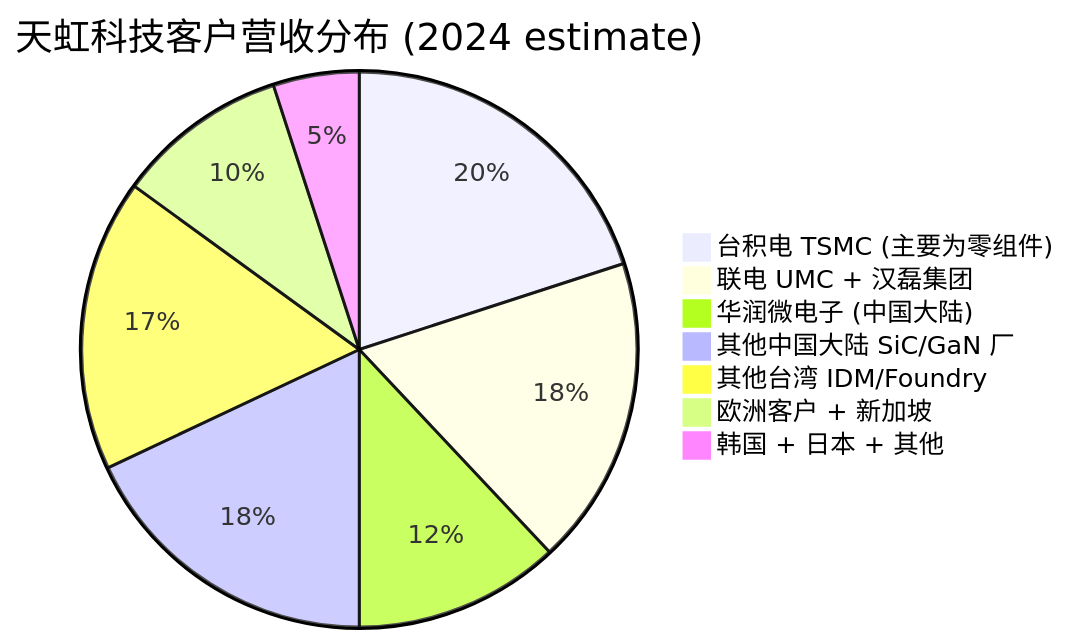
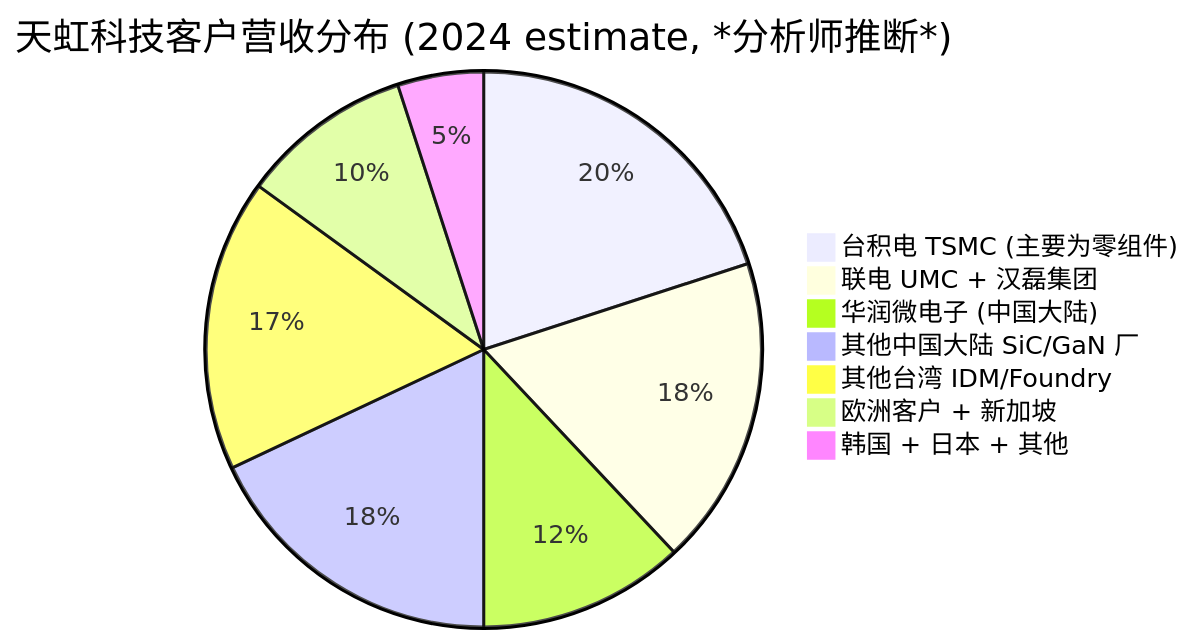
Before and after one commit to dadachundan/financial_agent: the third of 4 diagrams in reports/company/天虹科技_TWSE6937/天虹科技_TWSE6937_Research_Document_zh.md, drawn with Mermaid. The commit also changed other lines of this file, not shown here.

````diff
--- a/reports/company/天虹科技_TWSE6937/天虹科技_TWSE6937_Research_Document_zh.md
+++ b/reports/company/天虹科技_TWSE6937/天虹科技_TWSE6937_Research_Document_zh.md
@@ -258,10 +266,10 @@
 ```mermaid
-pie title 天虹科技客户营收分布 (2024 estimate)
+pie title 天虹科技客户营收分布 (2024 estimate, *分析师推断*)
     "台积电 TSMC (主要为零组件)" : 20
     "联电 UMC + 汉磊集团" : 18
     "华润微电子 (中国大陆)" : 12
     "其他中国大陆 SiC/GaN 厂" : 18
     "其他台湾 IDM/Foundry" : 17
     "欧洲客户 + 新加坡" : 10
     "韩国 + 日本 + 其他" : 5
 ```
````
